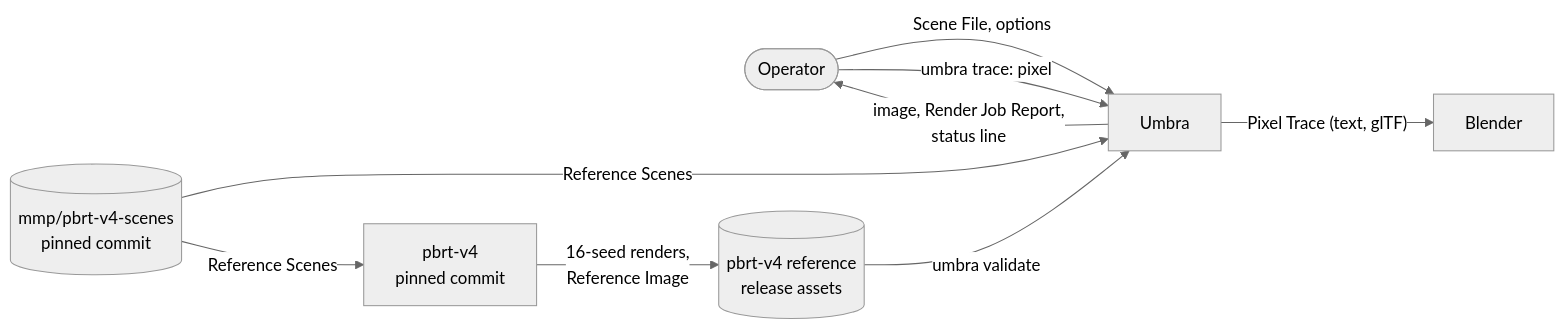
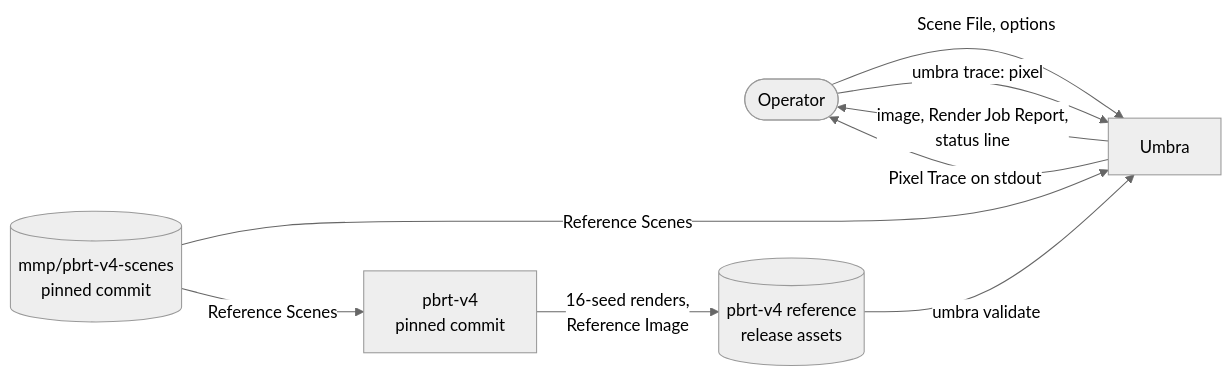
Before and after one commit to sergioffpc/umbra: the first of 2 diagrams in docs/architecture/03-context-and-scope.md, drawn with Mermaid (neutral theme). The commit also changed other lines of this file and 6 other files, not shown here.

First line of the commit message:
docs(trace): make the pixel trace a text report on stdout only

````diff
--- a/docs/architecture/03-context-and-scope.md
+++ b/docs/architecture/03-context-and-scope.md
@@ -7,17 +7,16 @@
 ```mermaid
 flowchart LR
     op(["Operator"])
     umbra["Umbra"]
     scenes[("mmp/pbrt-v4-scenes<br/>pinned commit")]
     ref[("pbrt-v4 reference<br/>release assets")]
     pbrt["pbrt-v4<br/>pinned commit"]
-    blender["Blender"]
     op -- "Scene File, options" --> umbra
     umbra -- "image, Render Job Report,<br/>status line" --> op
     op -- "umbra trace: pixel" --> umbra
-    umbra -- "Pixel Trace (text, glTF)" --> blender
+    umbra -- "Pixel Trace on stdout" --> op
     scenes -- "Reference Scenes" --> umbra
     scenes -- "Reference Scenes" --> pbrt
     pbrt -- "16-seed renders,<br/>Reference Image" --> ref
     ref -- "umbra validate" --> umbra
 ```
````
